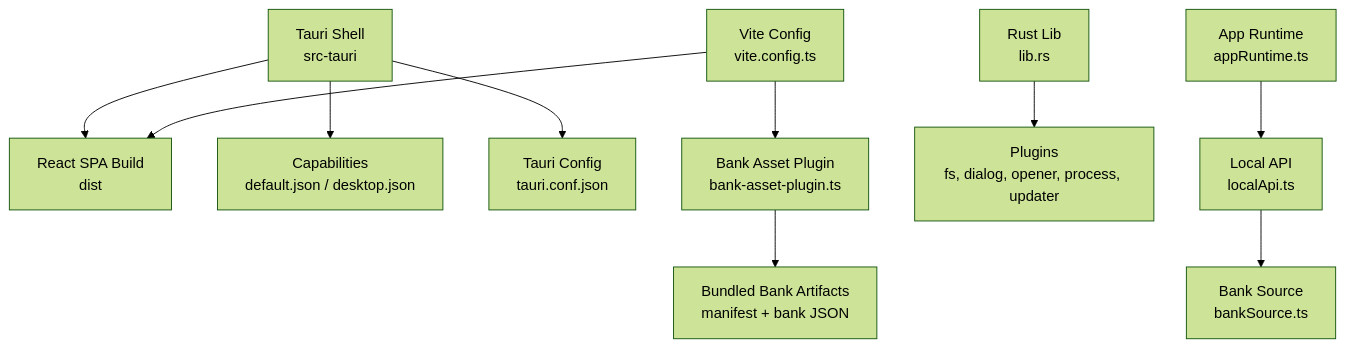
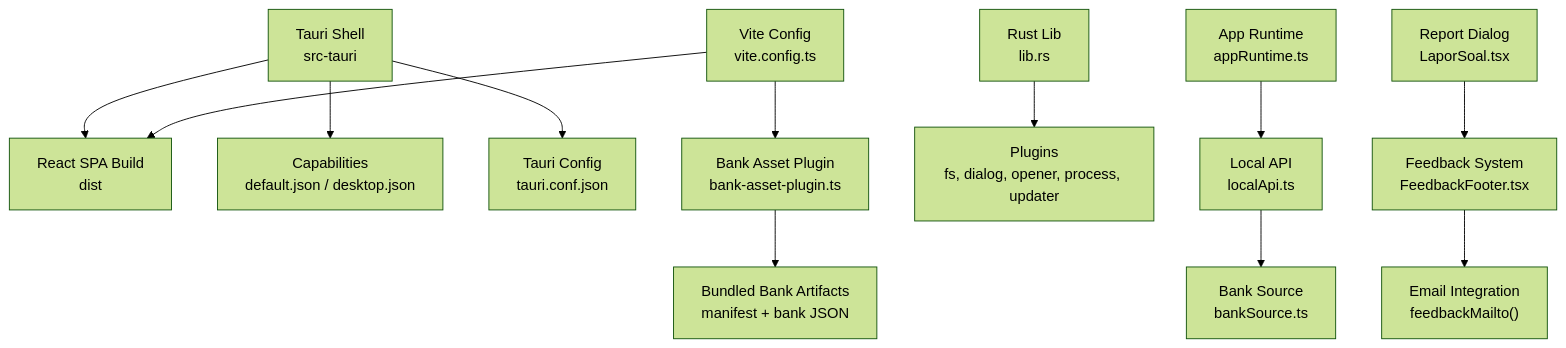
The first of 10 diagrams in .qoder/repowiki/en/content/Desktop and Mobile Applications/Tauri Application Shell.md (muhammadhabibullah/tbs-lpdp), drawn with Mermaid (forest theme) before and after one commit. The commit also changed other lines of this file and 88 other files, not shown here.

````diff
--- a/.qoder/repowiki/en/content/Desktop and Mobile Applications/Tauri Application Shell.md
+++ b/.qoder/repowiki/en/content/Desktop and Mobile Applications/Tauri Application Shell.md
@@ -40,12 +50,14 @@
 ```mermaid
 graph TB
 A["Tauri Shell<br/>src-tauri"] --> B["React SPA Build<br/>dist"]
 A --> C["Capabilities<br/>default.json / desktop.json"]
 A --> D["Tauri Config<br/>tauri.conf.json"]
 E["Vite Config<br/>vite.config.ts"] --> B
 E --> F["Bank Asset Plugin<br/>bank-asset-plugin.ts"]
 F --> G["Bundled Bank Artifacts<br/>manifest + bank JSON"]
 H["Rust Lib<br/>lib.rs"] --> I["Plugins<br/>fs, dialog, opener, process, updater"]
 J["App Runtime<br/>appRuntime.ts"] --> K["Local API<br/>localApi.ts"]
 K --> L["Bank Source<br/>bankSource.ts"]
+M["Feedback System<br/>FeedbackFooter.tsx"] --> N["Email Integration<br/>feedbackMailto()"]
+O["Report Dialog<br/>LaporSoal.tsx"] --> M
 ```
````
